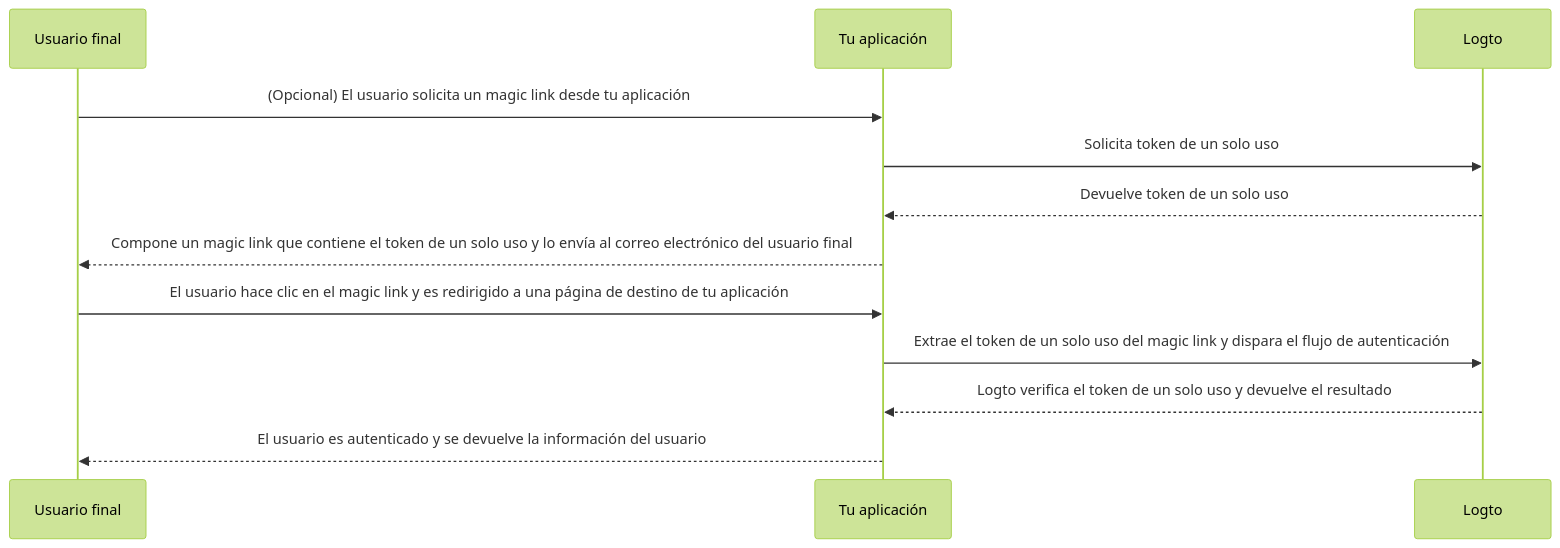
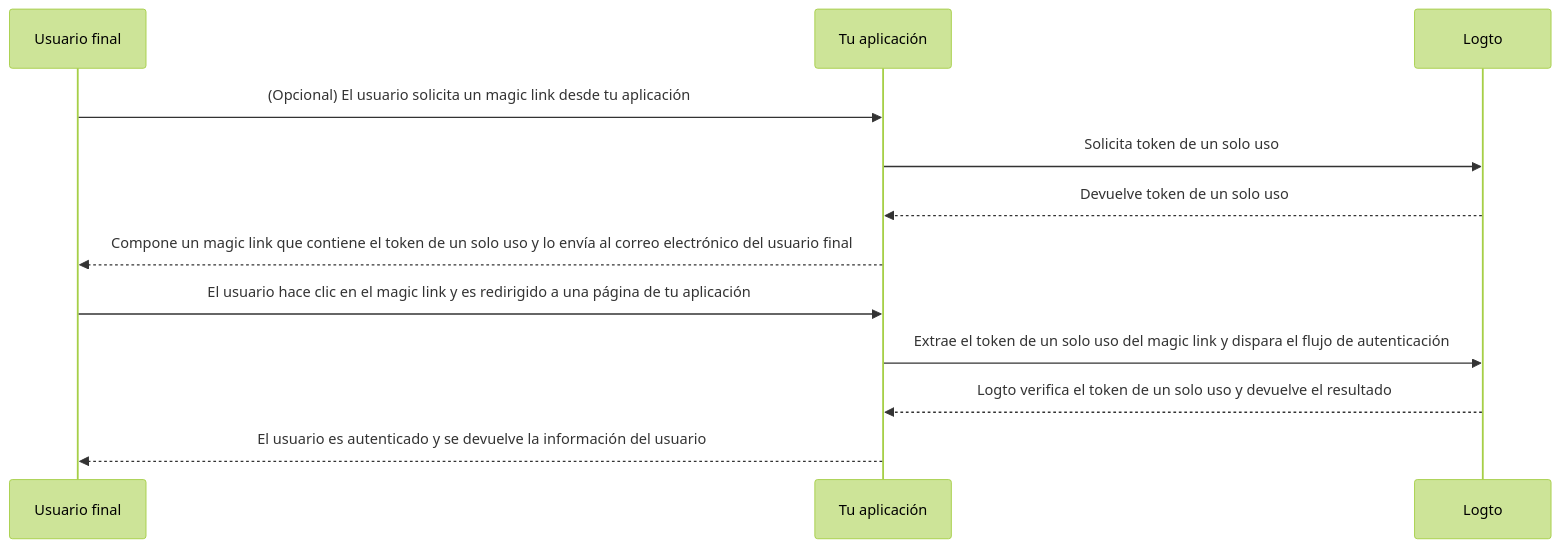
Before and after one commit to logto-io/docs: the diagram in i18n/es/docusaurus-plugin-content-docs/current/end-user-flows/one-time-token.mdx, drawn with Mermaid (forest theme). The commit also changed other lines of this file and 35 other files, not shown here.

````diff
--- a/i18n/es/docusaurus-plugin-content-docs/current/end-user-flows/one-time-token.mdx
+++ b/i18n/es/docusaurus-plugin-content-docs/current/end-user-flows/one-time-token.mdx
@@ -24,15 +24,15 @@
 ```mermaid
 sequenceDiagram
   participant U as Usuario final
   participant C as Tu aplicación
   participant L as Logto
 
   U ->> C: (Opcional) El usuario solicita un magic link desde tu aplicación
   C ->> L: Solicita token de un solo uso
   L -->> C: Devuelve token de un solo uso
   C -->> U: Compone un magic link que contiene el token de un solo uso y lo envía al correo electrónico del usuario final
-  U ->> C: El usuario hace clic en el magic link y es redirigido a una página de destino de tu aplicación
+  U ->> C: El usuario hace clic en el magic link y es redirigido a una página de tu aplicación
   C ->> L: Extrae el token de un solo uso del magic link y dispara el flujo de autenticación
   L -->> C: Logto verifica el token de un solo uso y devuelve el resultado
   C -->> U: El usuario es autenticado y se devuelve la información del usuario
 ```
````
